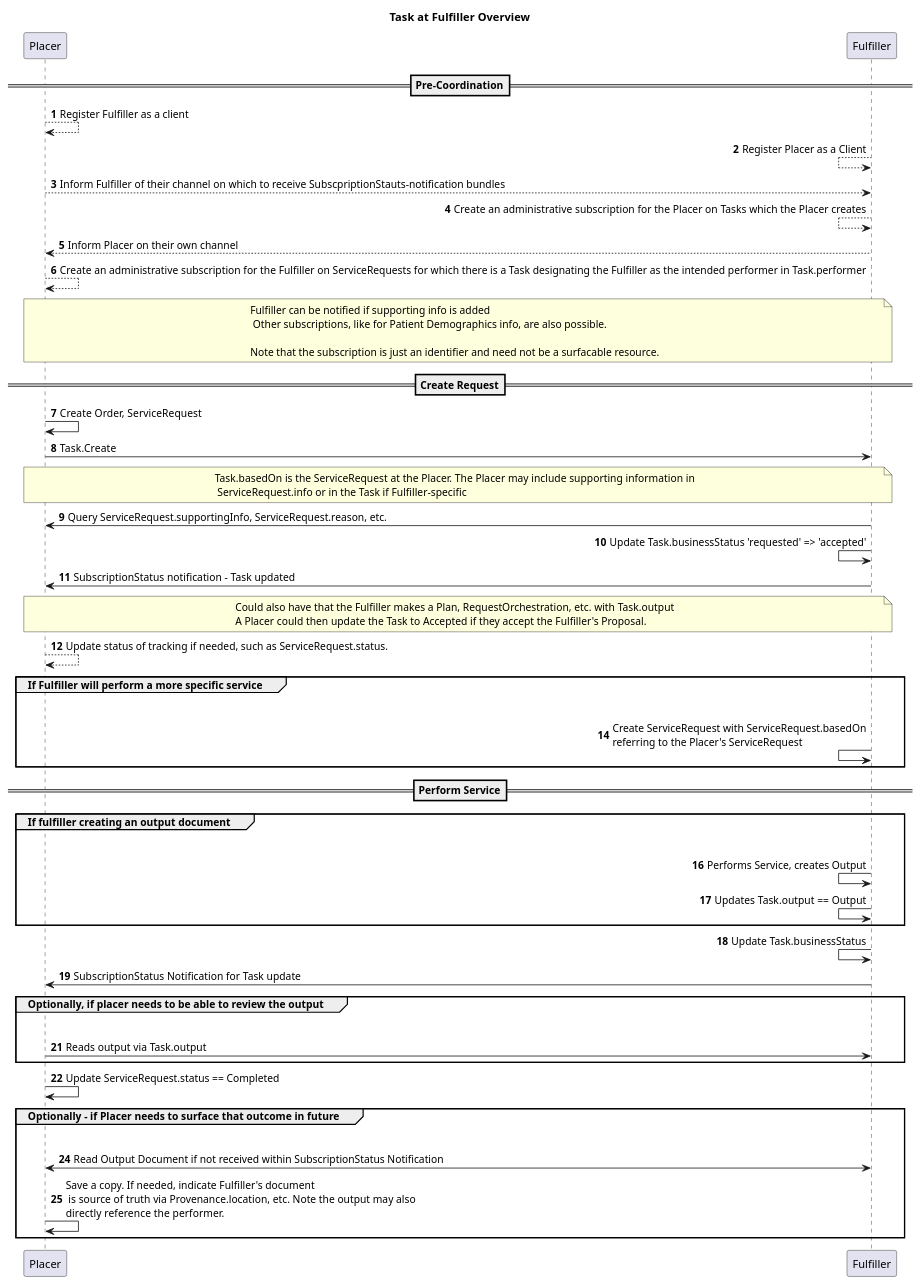
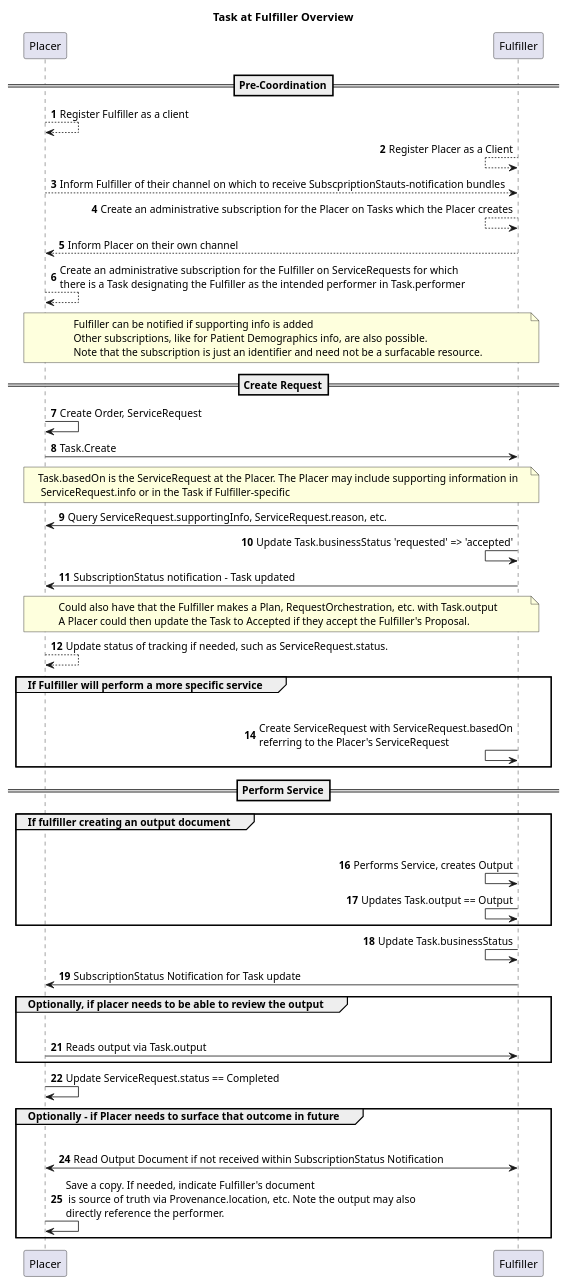
Before and after one commit to HL7/fhir-cow-ig: the diagram in input/images-source/subscriptions-general-example-task-at-fulfiller.plantuml, drawn with PlantUML.

```diff
--- a/input/images-source/subscriptions-general-example-task-at-fulfiller.plantuml
+++ b/input/images-source/subscriptions-general-example-task-at-fulfiller.plantuml
@@ -1,71 +1,71 @@
 @startuml
 title Task at Fulfiller Overview
 
 autonumber
 
 ==Pre-Coordination==
 Placer --> Placer: Register Fulfiller as a client
 
 Fulfiller <-- Fulfiller: Register Placer as a Client
 
 Placer --> Fulfiller: Inform Fulfiller of their channel on which to receive SubscpriptionStauts-notification bundles
 
 Fulfiller <-- Fulfiller: Create an administrative subscription for the Placer on Tasks which the Placer creates 
 
 Fulfiller --> Placer: Inform Placer on their own channel
 
-Placer --> Placer: Create an administrative subscription for the Fulfiller on ServiceRequests for which there is a Task designating the Fulfiller as the intended performer in Task.performer
+Placer --> Placer: Create an administrative subscription for the Fulfiller on ServiceRequests for which\nthere is a Task designating the Fulfiller as the intended performer in Task.performer
 
-note over Placer, Fulfiller: Fulfiller can be notified if supporting info is added\n Other subscriptions, like for Patient Demographics info, are also possible.\n\nNote that the subscription is just an identifier and need not be a surfacable resource.
+note over Placer, Fulfiller: Fulfiller can be notified if supporting info is added\nOther subscriptions, like for Patient Demographics info, are also possible.\nNote that the subscription is just an identifier and need not be a surfacable resource.
 
 
 
 ==Create Request==
 Placer -> Placer: Create Order, ServiceRequest
 
 Placer -> Fulfiller: Task.Create
 
 note over Placer, Fulfiller: Task.basedOn is the ServiceRequest at the Placer. The Placer may include supporting information in\n ServiceRequest.info or in the Task if Fulfiller-specific
 
 Fulfiller -> Placer: Query ServiceRequest.supportingInfo, ServiceRequest.reason, etc.
 
 Fulfiller <- Fulfiller: Update Task.businessStatus 'requested' => 'accepted'
 
 Fulfiller -> Placer: SubscriptionStatus notification - Task updated
 
 note over Placer, Fulfiller: Could also have that the Fulfiller makes a Plan, RequestOrchestration, etc. with Task.output\nA Placer could then update the Task to Accepted if they accept the Fulfiller's Proposal.
 
 Placer --> Placer: Update status of tracking if needed, such as ServiceRequest.status. 
 
 group If Fulfiller will perform a more specific service
     Fulfiller -[hidden]> Placer:
     Fulfiller <- Fulfiller: Create ServiceRequest with ServiceRequest.basedOn\nreferring to the Placer's ServiceRequest
 end
 
 
 ==Perform Service==
 group If fulfiller creating an output document
     Fulfiller -[hidden]> Placer:
     Fulfiller <- Fulfiller: Performs Service, creates Output
     Fulfiller <- Fulfiller: Updates Task.output == Output
 end
 
 Fulfiller <- Fulfiller: Update Task.businessStatus
 
 Fulfiller -> Placer: SubscriptionStatus Notification for Task update
 
 group Optionally, if placer needs to be able to review the output
     Fulfiller -[hidden]> Placer:
     Placer -> Fulfiller: Reads output via Task.output
 end
 
 Placer -> Placer: Update ServiceRequest.status == Completed
 
 group Optionally - if Placer needs to surface that outcome in future
     Fulfiller -[hidden]> Placer:
     Placer <-> Fulfiller: Read Output Document if not received within SubscriptionStatus Notification
     Placer -> Placer: Save a copy. If needed, indicate Fulfiller's document\n is source of truth via Provenance.location, etc. Note the output may also\ndirectly reference the performer.
    
 end
 
 @enduml
```
